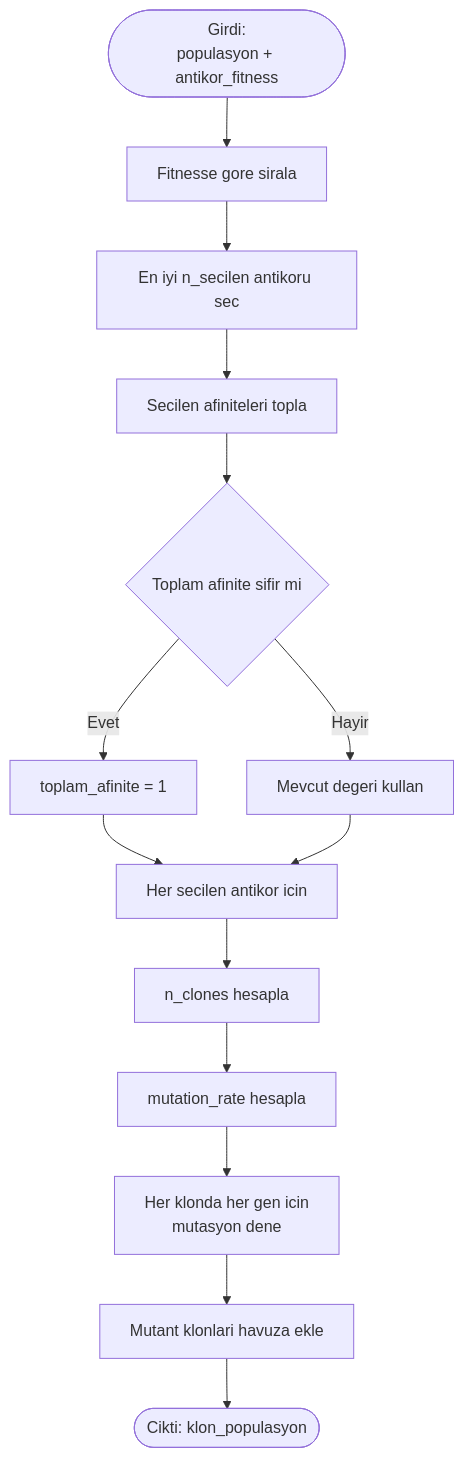
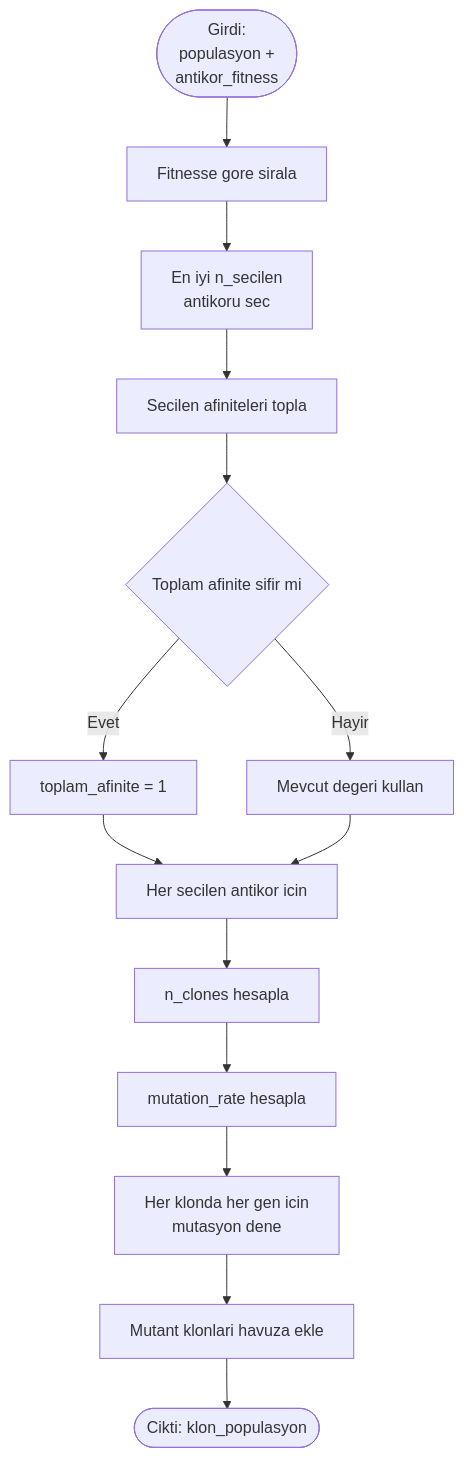
Before and after one commit to RamazanKaratut/Opt_Alg_2_Clonalg: the third of 4 diagrams in akis_semasi.md, drawn with Mermaid. The commit also changed other lines of this file, not shown here.

````diff
--- a/akis_semasi.md
+++ b/akis_semasi.md
@@ -58,16 +58,16 @@
 ```mermaid
 flowchart TD
-    A([Girdi:<br/>populasyon + antikor_fitness]) --> B[Fitnesse gore sirala]
-    B --> C[En iyi n_secilen antikoru sec]
+    A([Girdi:<br/>populasyon +<br/>antikor_fitness]) --> B[Fitnesse gore sirala]
+    B --> C[En iyi n_secilen<br/>antikoru sec]
     C --> D[Secilen afiniteleri topla]
     D --> E{Toplam afinite sifir mi}
     E -- Evet --> F[toplam_afinite = 1]
     E -- Hayir --> G[Mevcut degeri kullan]
     F --> H[Her secilen antikor icin]
     G --> H
     H --> I[n_clones hesapla]
     I --> J[mutation_rate hesapla]
     J --> K[Her klonda her gen icin<br/>mutasyon dene]
     K --> L[Mutant klonlari havuza ekle]
     L --> M([Cikti: klon_populasyon])
 ```
````
